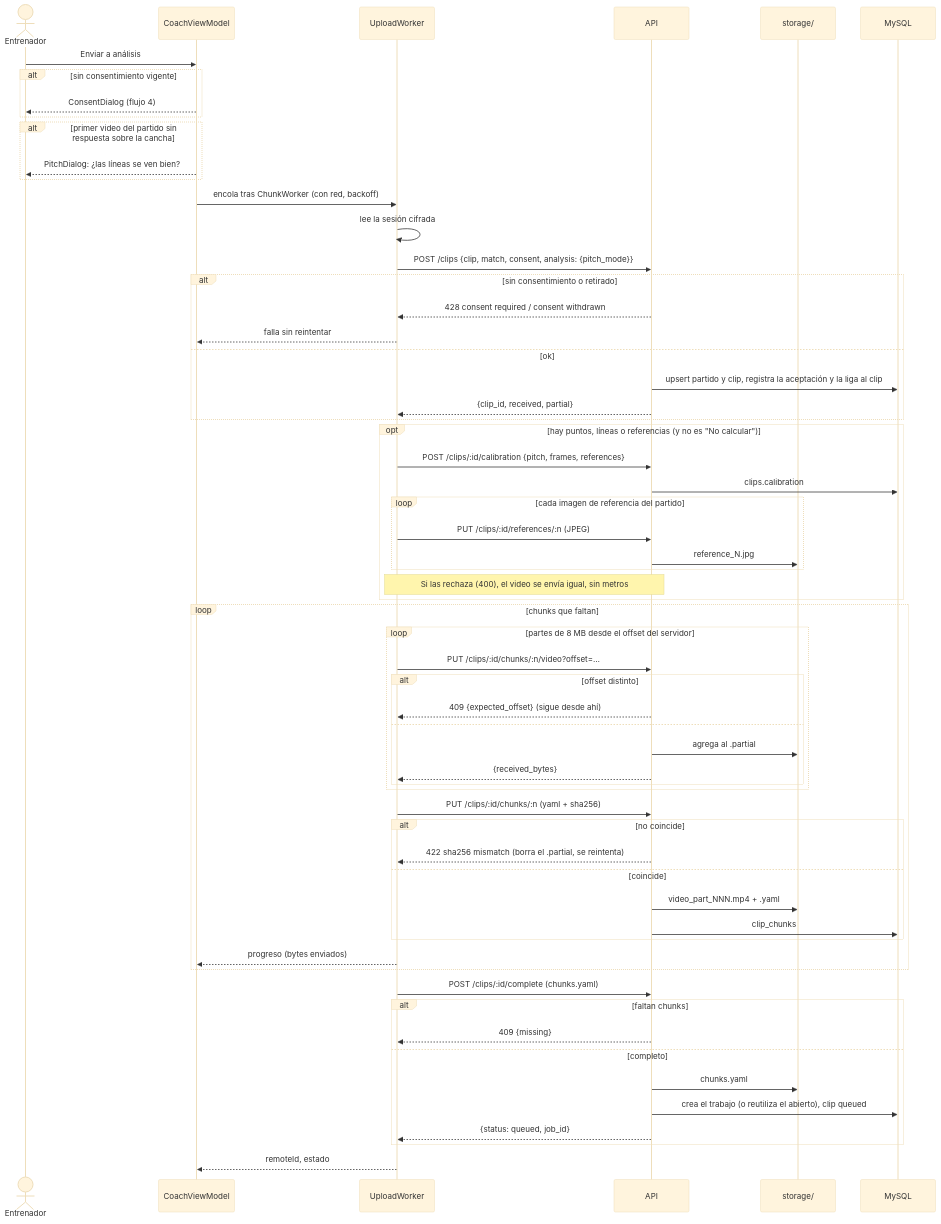
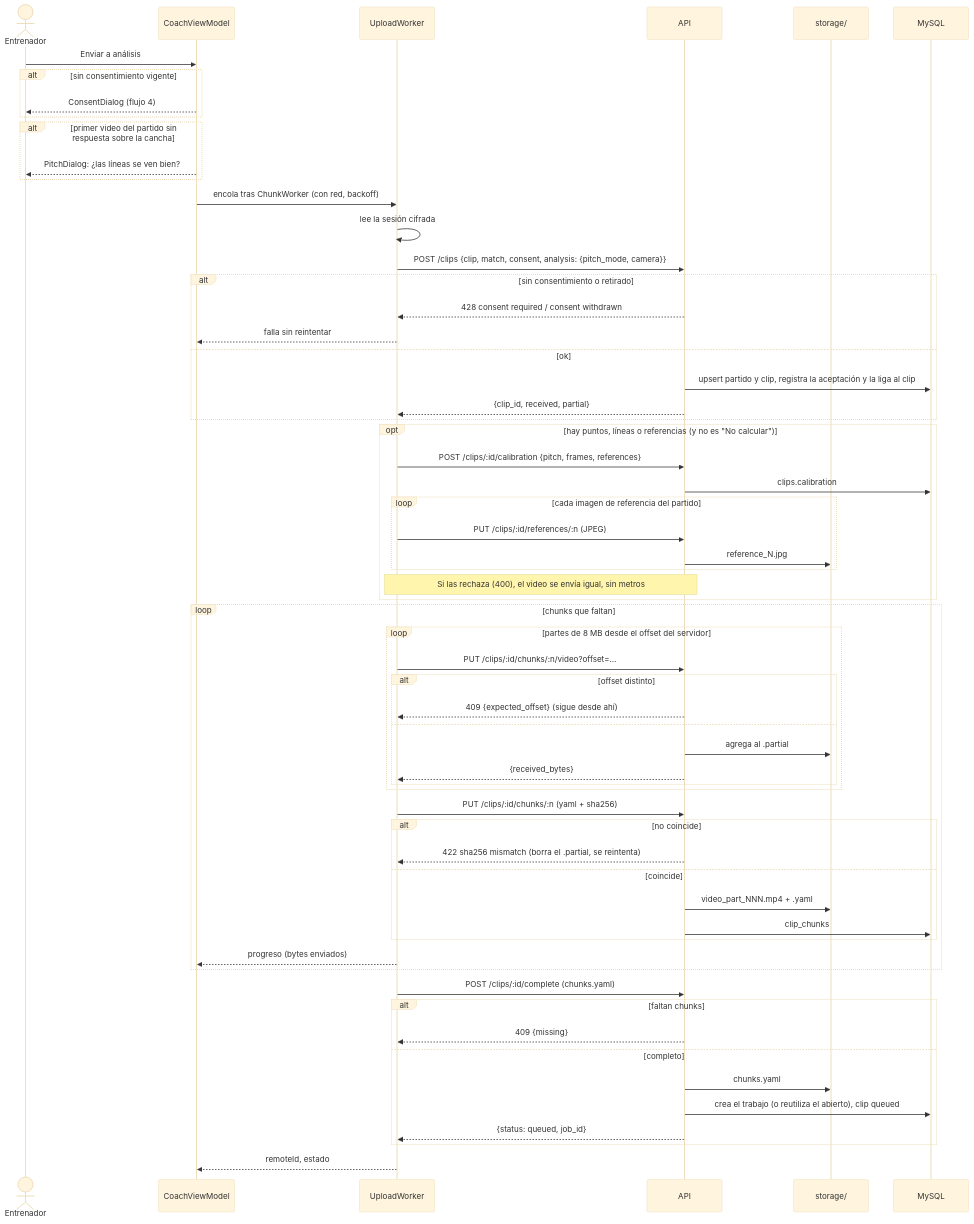
Before and after one commit to pepemxl/meta-ai-hackathon-2026: the third of 7 diagrams in docs/arquitectura/04-flujos.md, drawn with Mermaid (base theme). The commit also changed other lines of this file and 28 other files, not shown here.

````diff
--- a/docs/arquitectura/04-flujos.md
+++ b/docs/arquitectura/04-flujos.md
@@ -64,64 +64,64 @@
 ```mermaid
 sequenceDiagram
     actor E as Entrenador
     participant VM as CoachViewModel
     participant UW as UploadWorker
     participant API as API
     participant FS as storage/
     participant DB as MySQL
 
     E->>VM: Enviar a análisis
     alt sin consentimiento vigente
         VM-->>E: ConsentDialog (flujo 4)
     end
     alt primer video del partido sin respuesta sobre la cancha
         VM-->>E: PitchDialog: ¿las líneas se ven bien?
     end
     VM->>UW: encola tras ChunkWorker (con red, backoff)
     UW->>UW: lee la sesión cifrada
-    UW->>API: POST /clips {clip, match, consent, analysis: {pitch_mode}}
+    UW->>API: POST /clips {clip, match, consent, analysis: {pitch_mode, camera}}
     alt sin consentimiento o retirado
         API-->>UW: 428 consent required / consent withdrawn
         UW-->>VM: falla sin reintentar
     else ok
         API->>DB: upsert partido y clip, registra la aceptación y la liga al clip
         API-->>UW: {clip_id, received, partial}
     end
     opt hay puntos, líneas o referencias (y no es "No calcular")
         UW->>API: POST /clips/:id/calibration {pitch, frames, references}
         API->>DB: clips.calibration
         loop cada imagen de referencia del partido
             UW->>API: PUT /clips/:id/references/:n (JPEG)
             API->>FS: reference_N.jpg
         end
         Note over UW,API: Si las rechaza (400), el video se envía igual, sin metros
     end
     loop chunks que faltan
         loop partes de 8 MB desde el offset del servidor
             UW->>API: PUT /clips/:id/chunks/:n/video?offset=…
             alt offset distinto
                 API-->>UW: 409 {expected_offset} (sigue desde ahí)
             else
                 API->>FS: agrega al .partial
                 API-->>UW: {received_bytes}
             end
         end
         UW->>API: PUT /clips/:id/chunks/:n (yaml + sha256)
         alt no coincide
             API-->>UW: 422 sha256 mismatch (borra el .partial, se reintenta)
         else coincide
             API->>FS: video_part_NNN.mp4 + .yaml
             API->>DB: clip_chunks
         end
         UW-->>VM: progreso (bytes enviados)
     end
     UW->>API: POST /clips/:id/complete (chunks.yaml)
     alt faltan chunks
         API-->>UW: 409 {missing}
     else completo
         API->>FS: chunks.yaml
         API->>DB: crea el trabajo (o reutiliza el abierto), clip queued
         API-->>UW: {status: queued, job_id}
     end
     UW-->>VM: remoteId, estado
 ```
````
